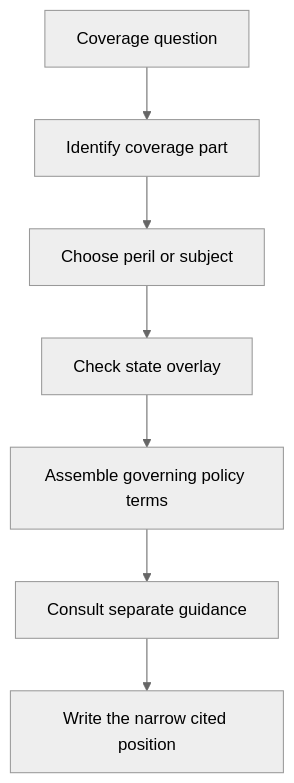
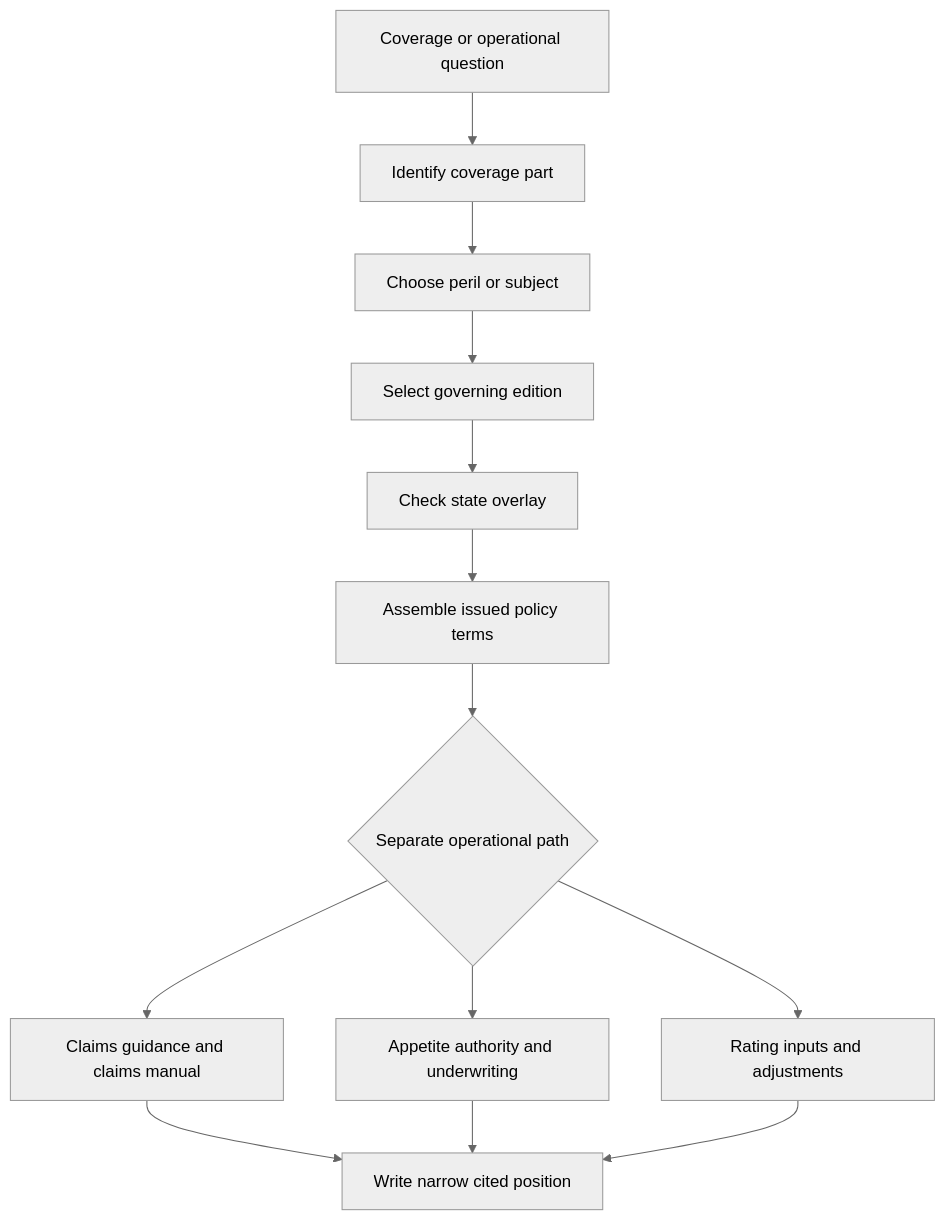
One commit to eugeneliu-86/openwiki-insurance-corpus changed the diagram in openwiki/quickstart.md. Above: the diagram before and after it, drawn with Mermaid (neutral theme). The commit also changed other lines of this file and 75 other files, not shown here.

````diff
--- a/openwiki/quickstart.md
+++ b/openwiki/quickstart.md
@@ -36,9 +65,15 @@
 ```mermaid
 flowchart TD
-    start["Coverage question"] --> part["Identify coverage part"]
+    start["Coverage or operational question"] --> part["Identify coverage part"]
     part --> subject["Choose peril or subject"]
-    subject --> overlay["Check state overlay"]
-    overlay --> assemble["Assemble governing policy terms"]
-    assemble --> guidance["Consult separate guidance"]
-    guidance --> cite["Write the narrow cited position"]
+    subject --> edition["Select governing edition"]
+    edition --> state["Check state overlay"]
+    state --> assemble["Assemble issued policy terms"]
+    assemble --> branch{"Separate operational path"}
+    branch --> claims["Claims guidance and claims manual"]
+    branch --> underwrite["Appetite authority and underwriting"]
+    branch --> rating["Rating inputs and adjustments"]
+    claims --> answer["Write narrow cited position"]
+    underwrite --> answer
+    rating --> answer
 ```
````
